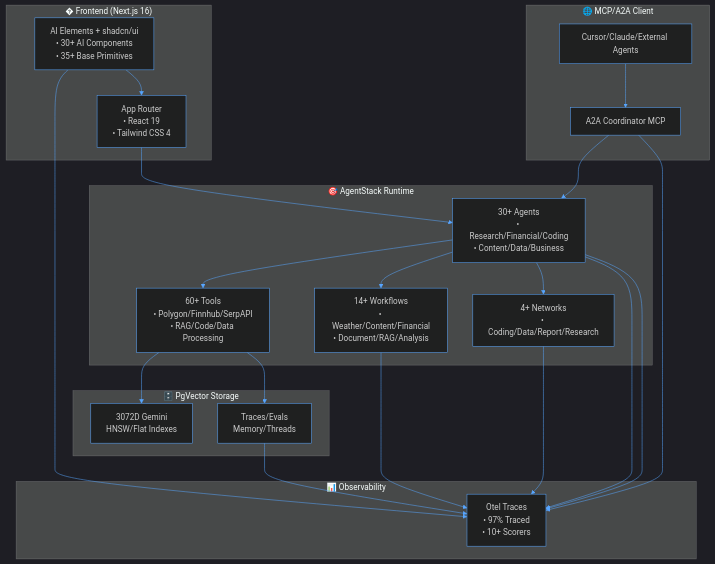
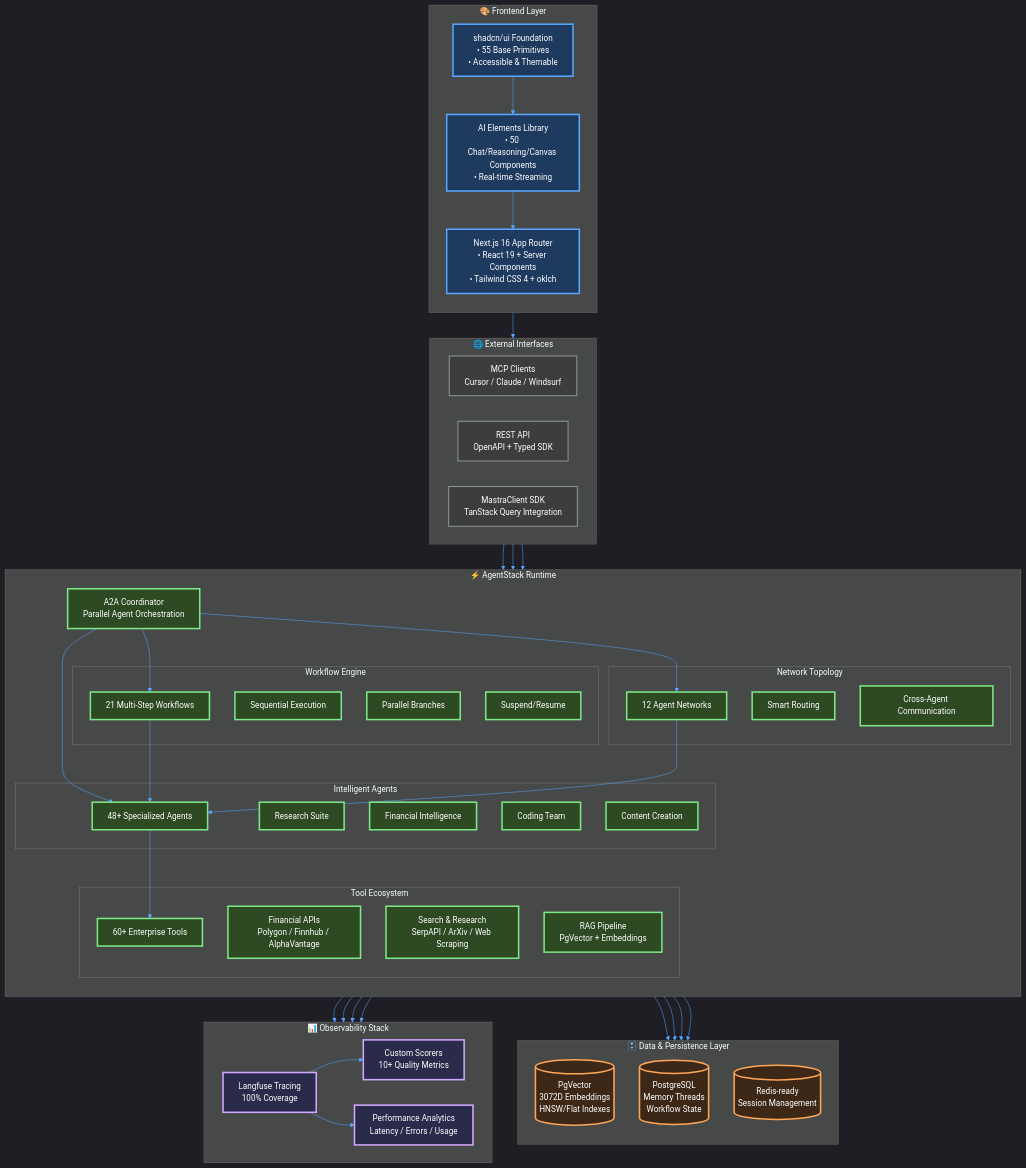
The first of 9 diagrams in README.md (ssdeanx/AgentStack), drawn with Mermaid before and after one commit. The commit also changed other lines of this file and 18 other files, not shown here.

First line of the commit message:
feat: Enhance AI Elements and Agent Workflow Components

````diff
--- a/README.md
+++ b/README.md
@@ -95,50 +354,108 @@
 ```mermaid
-%%{init: {'theme': 'dark', 'themeVariables': { 'primaryColor': '#58a6ff', 'primaryTextColor': '#c9d1d9', 'primaryBorderColor': '#30363d', 'lineColor': '#58a6ff', 'sectionBkgColor': '#161b22', 'altSectionBkgColor': '#0d1117', 'sectionTextColor': '#c9d1d9', 'gridColor': '#30363d', 'tertiaryColor': '#161b22' }}}%%
+%%{init: {'theme': 'dark', 'themeVariables': { 'primaryColor': '#58a6ff', 'primaryTextColor': '#c9d1d9', 'primaryBorderColor': '#30363d', 'lineColor': '#58a6ff', 'sectionBkgColor': '#161b22', 'altSectionBkgColor': '#0d1117', 'sectionTextColor': '#c9d1d9', 'gridColor': '#30363d', 'tertiaryColor': '#161b22', 'fontFamily': 'JetBrains Mono, monospace' }}}%%
 graph TB
-    subgraph "� Frontend (Next.js 16)"
-        UI[AI Elements + shadcn/ui<br/>• 30+ AI Components<br/>• 35+ Base Primitives]
-        App[App Router<br/>• React 19<br/>• Tailwind CSS 4]
+    subgraph "🎨 Frontend Layer"
+        direction TB
+        UI[AI Elements Library<br/>• 50 Chat/Reasoning/Canvas Components<br/>• Real-time Streaming]
+        Base[shadcn/ui Foundation<br/>• 55 Base Primitives<br/>• Accessible & Themable]
+        App[Next.js 16 App Router<br/>• React 19 + Server Components<br/>• Tailwind CSS 4 + oklch]
     end
 
-    subgraph "🌐 MCP/A2A Client"
-        Client[Cursor/Claude/External Agents] --> Coord[A2A Coordinator MCP]
+    subgraph "🌐 External Interfaces"
+        direction LR
+        Client[MCP Clients<br/>Cursor / Claude / Windsurf]
+        API[REST API<br/>OpenAPI + Typed SDK]
+        SDK[MastraClient SDK<br/>TanStack Query Integration]
     end
 
-    subgraph "🎯 AgentStack Runtime"
-        Coord --> Agents[30+ Agents<br/>• Research/Financial/Coding<br/>• Content/Data/Business]
-        Agents --> Tools[60+ Tools<br/>• Polygon/Finnhub/SerpAPI<br/>• RAG/Code/Data Processing]
-        Agents --> Workflows[14+ Workflows<br/>• Weather/Content/Financial<br/>• Document/RAG/Analysis]
-        Agents --> Networks[4+ Networks<br/>• Coding/Data/Report/Research]
+    subgraph "⚡ AgentStack Runtime"
+        direction TB
+        Coord[A2A Coordinator<br/>Parallel Agent Orchestration]
+
+        subgraph "Intelligent Agents"
+            Agents[48+ Specialized Agents]
+            Research[Research Suite]
+            Financial[Financial Intelligence]
+            Coding[Coding Team]
+            Content[Content Creation]
+        end
+
+        subgraph "Tool Ecosystem"
+            Tools[60+ Enterprise Tools]
+            APIs[Financial APIs<br/>Polygon / Finnhub / AlphaVantage]
+            Search[Search & Research<br/>SerpAPI / ArXiv / Web Scraping]
+            RAG[RAG Pipeline<br/>PgVector + Embeddings]
+        end
+
+        subgraph "Workflow Engine"
+            Workflows[21 Multi-Step Workflows]
+            Sequential[Sequential Execution]
+            Parallel[Parallel Branches]
+            Suspense[Suspend/Resume]
+        end
+
+        subgraph "Network Topology"
+            Networks[12 Agent Networks]
+            Routing[Smart Routing]
+            Coordination[Cross-Agent Communication]
+        end
     end
 
-    subgraph "🗄️ PgVector Storage"
-        Tools --> Embeddings[3072D Gemini<br/>HNSW/Flat Indexes]
-        Tools --> Postgres[Traces/Evals<br/>Memory/Threads]
+    subgraph "🗄️ Data & Persistence Layer"
+        direction TB
+        VectorStore[(PgVector<br/>3072D Embeddings<br/>HNSW/Flat Indexes)]
+        Relational[(PostgreSQL<br/>Memory Threads<br/>Workflow State)]
+        Cache[(Redis-ready<br/>Session Management)]
     end
 
-    subgraph "📊 Observability"
-        Agents --> Otel[Otel Traces<br/>• 97% Traced<br/>• 10+ Scorers]
-        UI --> Otel
-        Postgres --> Otel
-        Agents --> Otel
-        Coord --> Otel
-        Workflows --> Otel
-        Networks --> Otel
-
+    subgraph "📊 Observability Stack"
+        direction LR
+        Tracing[Langfuse Tracing<br/>100% Coverage]
+        Metrics[Custom Scorers<br/>10+ Quality Metrics]
+        Analytics[Performance Analytics<br/>Latency / Errors / Usage]
     end
 
+    %% Connections
     UI --> App
-    App --> Agents
+    Base --> UI
+    App --> SDK
+    SDK --> Coord
 
-    style Client stroke:#58a6ff
-    style App stroke:#58a6ff
-    style Coord stroke:#58a6ff
-    style Agents stroke:#58a6ff
-    style Tools stroke:#58a6ff
-    style Embeddings stroke:#58a6ff
-    style Workflows stroke:#58a6ff
-    style Networks stroke:#58a6ff
-    style Postgres stroke:#58a6ff
-    style Otel stroke:#58a6ff
-    style UI stroke:#58a6ff
+    Client --> Coord
+    API --> Coord
+
+    Coord --> Agents
+    Coord --> Workflows
+    Coord --> Networks
+
+    Agents --> Tools
+    Agents --> VectorStore
+    Agents --> Relational
+
+    Workflows --> Agents
+    Networks --> Agents
+
+    Tools --> VectorStore
+    Tools --> Relational
+
+    Agents --> Tracing
+    Workflows --> Tracing
+    Networks --> Tracing
+    Tools --> Tracing
+
+    Tracing --> Metrics
+    Tracing --> Analytics
+
+    %% Styling
+    classDef frontend fill:#1e3a5f,stroke:#58a6ff,stroke-width:3px,color:#fff
+    classDef runtime fill:#2d4a22,stroke:#7ee787,stroke-width:3px,color:#fff
+    classDef storage fill:#3d2817,stroke:#ffa657,stroke-width:3px,color:#fff
+    classDef observe fill:#2a2a4a,stroke:#d2a8ff,stroke-width:3px,color:#fff
+    classDef external fill:#3d3d3d,stroke:#8b949e,stroke-width:2px,color:#fff
+
+    class UI,Base,App frontend
+    class Coord,Agents,Tools,Workflows,Networks,Research,Financial,Coding,Content,APIs,Search,RAG,Sequential,Parallel,Suspense,Routing,Coordination runtime
+    class VectorStore,Relational,Cache storage
+    class Tracing,Metrics,Analytics observe
+    class Client,API,SDK external
 ```
````
